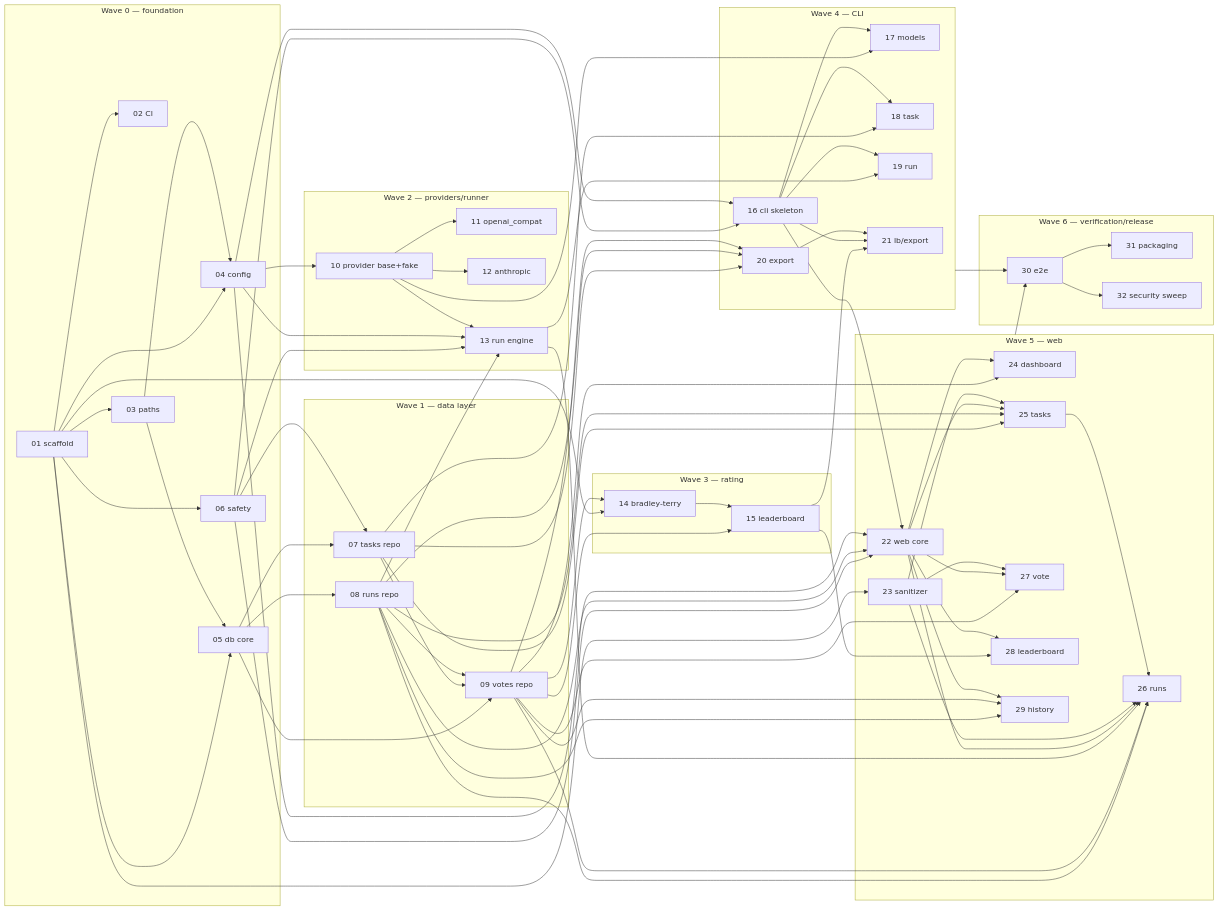
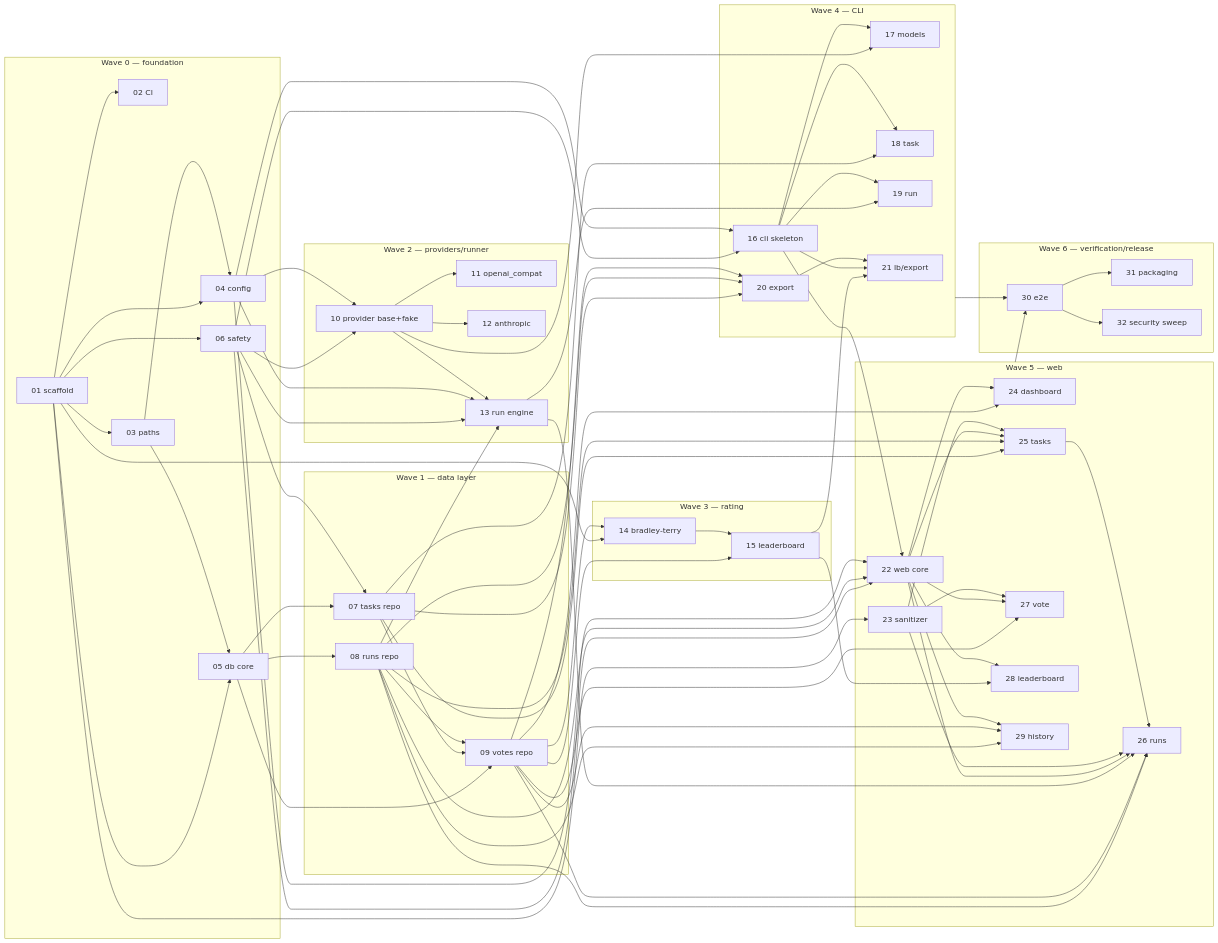
The diagram in docs/ISSUE_PLAN.md (Saber5656/yourbench), drawn with Mermaid before and after one commit. The commit also changed other lines of this file and 4 other files, not shown here.

````diff
--- a/docs/ISSUE_PLAN.md
+++ b/docs/ISSUE_PLAN.md
@@ -70,44 +70,44 @@
 ```mermaid
 flowchart LR
     subgraph W0[Wave 0 — foundation]
         I01[01 scaffold]; I02[02 CI]; I03[03 paths]; I04[04 config]; I05[05 db core]; I06[06 safety]
     end
     subgraph W1[Wave 1 — data layer]
         I07[07 tasks repo]; I08[08 runs repo]; I09[09 votes repo]
     end
     subgraph W2[Wave 2 — providers/runner]
         I10[10 provider base+fake]; I11[11 openai_compat]; I12[12 anthropic]; I13[13 run engine]
     end
     subgraph W3[Wave 3 — rating]
         I14[14 bradley-terry]; I15[15 leaderboard]
     end
     subgraph W4[Wave 4 — CLI]
         I16[16 cli skeleton]; I17[17 models]; I18[18 task]; I19[19 run]; I20[20 export]; I21[21 lb/export]
     end
     subgraph W5[Wave 5 — web]
         I22[22 web core]; I23[23 sanitizer]; I24[24 dashboard]; I25[25 tasks]; I26[26 runs]; I27[27 vote]; I28[28 leaderboard]; I29[29 history]
     end
     subgraph W6[Wave 6 — verification/release]
         I30[30 e2e]; I31[31 packaging]; I32[32 security sweep]
     end
     I01 --> I02 & I03 & I04 & I05 & I06 & I14 & I23
     I03 --> I04 & I05
     I05 --> I07 & I08 & I09
-    I06 --> I07 & I13 & I16 & I22
+    I06 --> I07 & I10 & I13 & I16 & I22
     I07 --> I09 & I18 & I20 & I25
     I08 --> I09 & I13 & I20 & I22 & I25 & I26 & I29
     I09 --> I14 & I15 & I20 & I24 & I26 & I27 & I29
     I04 --> I10 & I13 & I16 & I22
     I10 --> I11 & I12 & I13 & I17
     I13 --> I19 & I26
     I14 --> I15
     I15 --> I21 & I28
     I16 --> I17 & I18 & I19 & I21 & I22
     I20 --> I21
     I22 --> I24 & I25 & I26 & I27 & I28 & I29
     I23 --> I25 & I26 & I27
     I25 --> I26
     W4 --> I30
     W5 --> I30
     I30 --> I31 & I32
 ```
````
